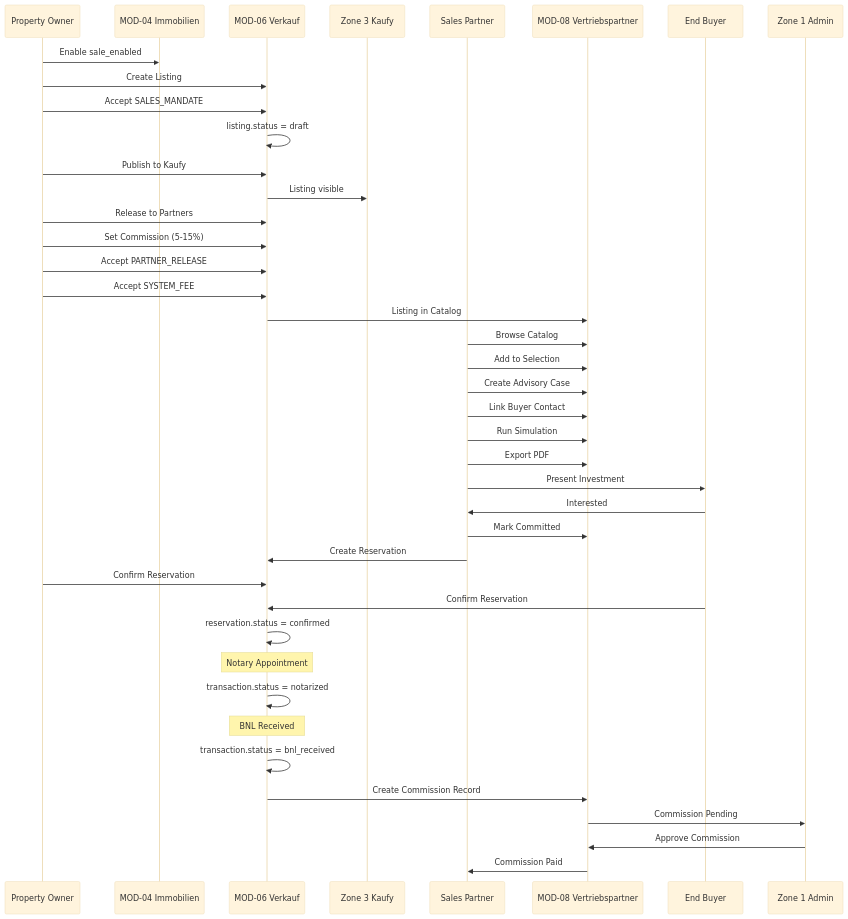
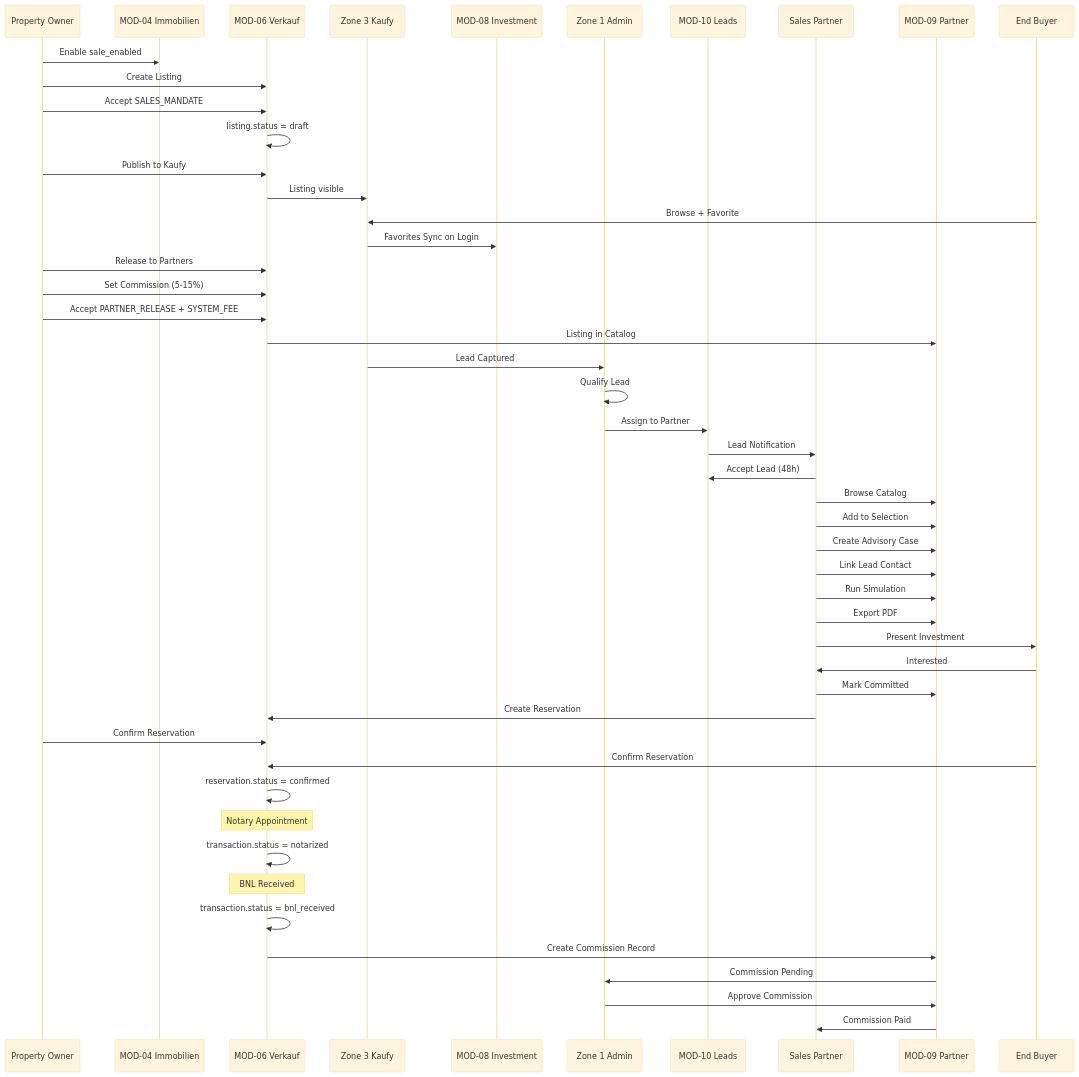
Before and after one commit to thomasstelzl1981/town-square-platform: diagram 14 of 19 in docs/presentation/SYSTEM_DIAGRAM.md, drawn with Mermaid (base theme). The commit also changed other lines of this file and 4 other files, not shown here.

````diff
--- a/docs/presentation/SYSTEM_DIAGRAM.md
+++ b/docs/presentation/SYSTEM_DIAGRAM.md
@@ -337,48 +420,59 @@
 ```mermaid
 sequenceDiagram
     participant Owner as Property Owner
     participant MOD04 as MOD-04 Immobilien
     participant MOD06 as MOD-06 Verkauf
     participant Z3 as Zone 3 Kaufy
+    participant MOD08 as MOD-08 Investment
+    participant Z1 as Zone 1 Admin
+    participant MOD10 as MOD-10 Leads
     participant Partner as Sales Partner
-    participant MOD08 as MOD-08 Vertriebspartner
+    participant MOD09 as MOD-09 Partner
     participant Buyer as End Buyer
-    participant Z1 as Zone 1 Admin
 
     Owner->>MOD04: Enable sale_enabled
     Owner->>MOD06: Create Listing
     Owner->>MOD06: Accept SALES_MANDATE
     MOD06->>MOD06: listing.status = draft
     Owner->>MOD06: Publish to Kaufy
     MOD06->>Z3: Listing visible
+    
+    Buyer->>Z3: Browse + Favorite
+    Z3->>MOD08: Favorites Sync on Login
+    
     Owner->>MOD06: Release to Partners
     Owner->>MOD06: Set Commission (5-15%)
-    Owner->>MOD06: Accept PARTNER_RELEASE
-    Owner->>MOD06: Accept SYSTEM_FEE
-    MOD06->>MOD08: Listing in Catalog
+    Owner->>MOD06: Accept PARTNER_RELEASE + SYSTEM_FEE
+    MOD06->>MOD09: Listing in Catalog
     
-    Partner->>MOD08: Browse Catalog
-    Partner->>MOD08: Add to Selection
-    Partner->>MOD08: Create Advisory Case
-    Partner->>MOD08: Link Buyer Contact
-    Partner->>MOD08: Run Simulation
-    Partner->>MOD08: Export PDF
+    Z3->>Z1: Lead Captured
+    Z1->>Z1: Qualify Lead
+    Z1->>MOD10: Assign to Partner
+    MOD10->>Partner: Lead Notification
+    Partner->>MOD10: Accept Lead (48h)
+    
+    Partner->>MOD09: Browse Catalog
+    Partner->>MOD09: Add to Selection
+    Partner->>MOD09: Create Advisory Case
+    Partner->>MOD09: Link Lead Contact
+    Partner->>MOD09: Run Simulation
+    Partner->>MOD09: Export PDF
     Partner->>Buyer: Present Investment
     Buyer->>Partner: Interested
-    Partner->>MOD08: Mark Committed
+    Partner->>MOD09: Mark Committed
     Partner->>MOD06: Create Reservation
     
     Owner->>MOD06: Confirm Reservation
     Buyer->>MOD06: Confirm Reservation
     MOD06->>MOD06: reservation.status = confirmed
     
     Note over MOD06: Notary Appointment
     MOD06->>MOD06: transaction.status = notarized
     
     Note over MOD06: BNL Received
     MOD06->>MOD06: transaction.status = bnl_received
-    MOD06->>MOD08: Create Commission Record
-    MOD08->>Z1: Commission Pending
-    Z1->>MOD08: Approve Commission
-    MOD08->>Partner: Commission Paid
+    MOD06->>MOD09: Create Commission Record
+    MOD09->>Z1: Commission Pending
+    Z1->>MOD09: Approve Commission
+    MOD09->>Partner: Commission Paid
 ```
````
